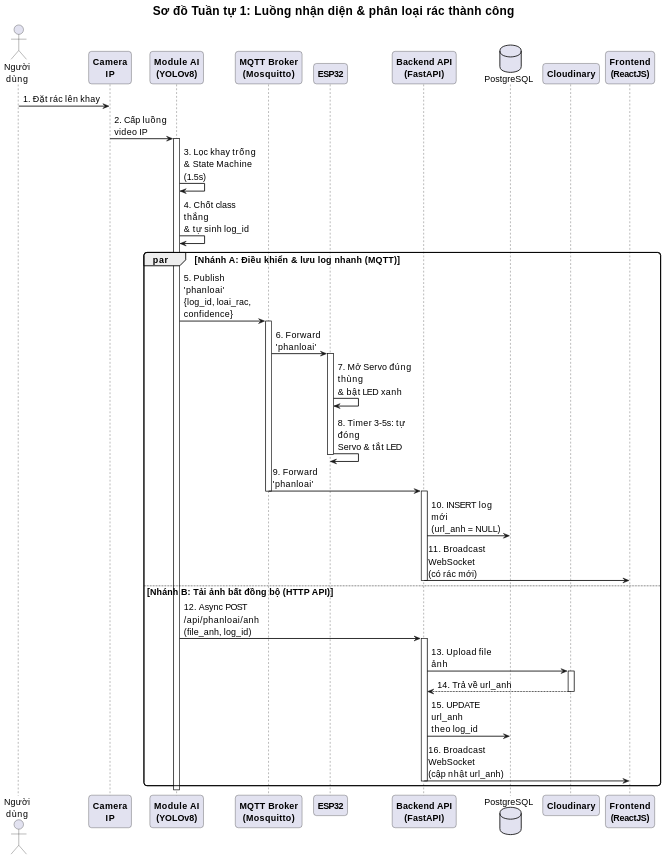
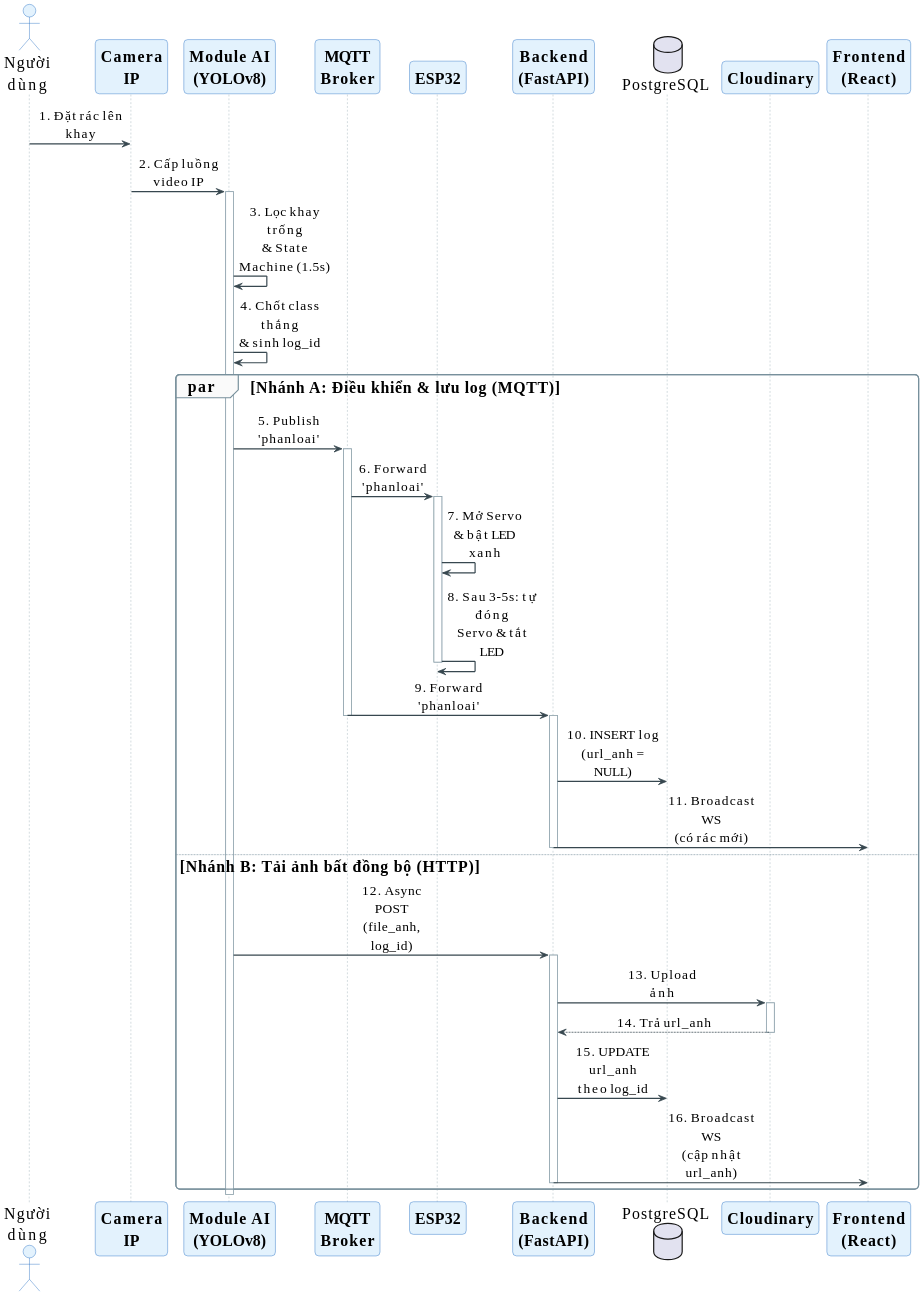
Before and after one commit to NguyenTAnh2005/Do-An-Mon-Hoc: the diagram in DOCS/SoDoKienTruc/2.5.1-luong-nhan-dien-phan-loai-rac.md, drawn with PlantUML. The commit also changed 8 other files, not shown here.

```diff
--- a/DOCS/SoDoKienTruc/2.5.1-luong-nhan-dien-phan-loai-rac.md
+++ b/DOCS/SoDoKienTruc/2.5.1-luong-nhan-dien-phan-loai-rac.md
@@ -1,60 +1,75 @@
 @startuml
-skinparam dpi 150
-skinparam defaultFontName Arial
-skinparam defaultFontSize 15
+skinparam dpi 200
+skinparam defaultFontName "Times New Roman"
+skinparam defaultFontSize 20
+skinparam ArrowFontSize 17
 skinparam shadowing false
 skinparam roundcorner 10
-skinparam maxMessageSize 130
+skinparam maxMessageSize 120
+skinparam SequenceMessageAlign center
 skinparam sequenceArrowThickness 1.5
 skinparam ParticipantFontStyle bold
-skinparam TitleFontSize 20
+skinparam sequence {
+ArrowColor #37474F
+LifeLineBorderColor #90A4AE
+ParticipantBackgroundColor #E3F2FD
+ParticipantBorderColor #1565C0
+ActorBackgroundColor #E3F2FD
+ActorBorderColor #1565C0
+DatabaseBackgroundColor #E3F2FD
+GroupBackgroundColor #FAFAFA
+GroupBorderColor #78909C
+}
 
-title Sơ đồ Tuần tự 1: Luồng nhận diện & phân loại rác thành công
+<style>
+participant {
+  Padding 8
+}
+</style>
 
 actor "Người\ndùng" as User
 participant "Camera\nIP" as Cam
 participant "Module AI\n(YOLOv8)" as AI
-participant "MQTT Broker\n(Mosquitto)" as Broker
+participant "MQTT\nBroker" as Broker
 participant "ESP32" as ESP
-participant "Backend API\n(FastAPI)" as Web
+participant "Backend\n(FastAPI)" as Web
 database "PostgreSQL" as DB
 participant "Cloudinary" as Cloud
-participant "Frontend\n(ReactJS)" as FE
+participant "Frontend\n(React)" as FE
 
 User -> Cam: 1. Đặt rác lên khay
-Cam -> AI: 2. Cấp luồng video IP
+Cam -> AI: 2. Cấp luồng\nvideo IP
 
 activate AI
 AI -> AI: 3. Lọc khay trống\n& State Machine (1.5s)
-AI -> AI: 4. Chốt class thắng\n& tự sinh log_id
+AI -> AI: 4. Chốt class thắng\n& sinh log_id
 
-par Nhánh A: Điều khiển & lưu log nhanh (MQTT)
-AI -> Broker: 5. Publish 'phanloai'\n{log_id, loai_rac,\nconfidence}
+par Nhánh A: Điều khiển & lưu log (MQTT)
+AI -> Broker: 5. Publish\n'phanloai'
 activate Broker
-Broker -> ESP: 6. Forward 'phanloai'
+Broker -> ESP: 6. Forward\n'phanloai'
 activate ESP
-ESP -> ESP: 7. Mở Servo đúng thùng\n& bật LED xanh
-ESP -> ESP: 8. Timer 3-5s: tự đóng\nServo & tắt LED
+ESP -> ESP: 7. Mở Servo\n& bật LED xanh
+ESP -> ESP: 8. Sau 3-5s: tự đóng\nServo & tắt LED
 deactivate ESP
 
-    Broker -> Web: 9. Forward 'phanloai'
-    deactivate Broker
-    activate Web
-    Web -> DB: 10. INSERT log mới\n(url_anh = NULL)
-    Web -> FE: 11. Broadcast WebSocket\n(có rác mới)
-    deactivate Web
+Broker -> Web: 9. Forward\n'phanloai'
+deactivate Broker
+activate Web
+Web -> DB: 10. INSERT log\n(url_anh = NULL)
+Web -> FE: 11. Broadcast WS\n(có rác mới)
+deactivate Web
 
-else Nhánh B: Tải ảnh bất đồng bộ (HTTP API)
-AI -> Web: 12. Async POST\n/api/phanloai/anh\n(file_anh, log_id)
+else Nhánh B: Tải ảnh bất đồng bộ (HTTP)
+AI -> Web: 12. Async POST\n(file_anh, log_id)
 activate Web
-Web -> Cloud: 13. Upload file ảnh
+Web -> Cloud: 13. Upload ảnh
 activate Cloud
-Cloud --> Web: 14. Trả về url_anh
+Cloud --> Web: 14. Trả url_anh
 deactivate Cloud
 Web -> DB: 15. UPDATE url_anh\ntheo log_id
-Web -> FE: 16. Broadcast WebSocket\n(cập nhật url_anh)
+Web -> FE: 16. Broadcast WS\n(cập nhật url_anh)
 deactivate Web
 end
 deactivate AI
-
 @enduml
```
